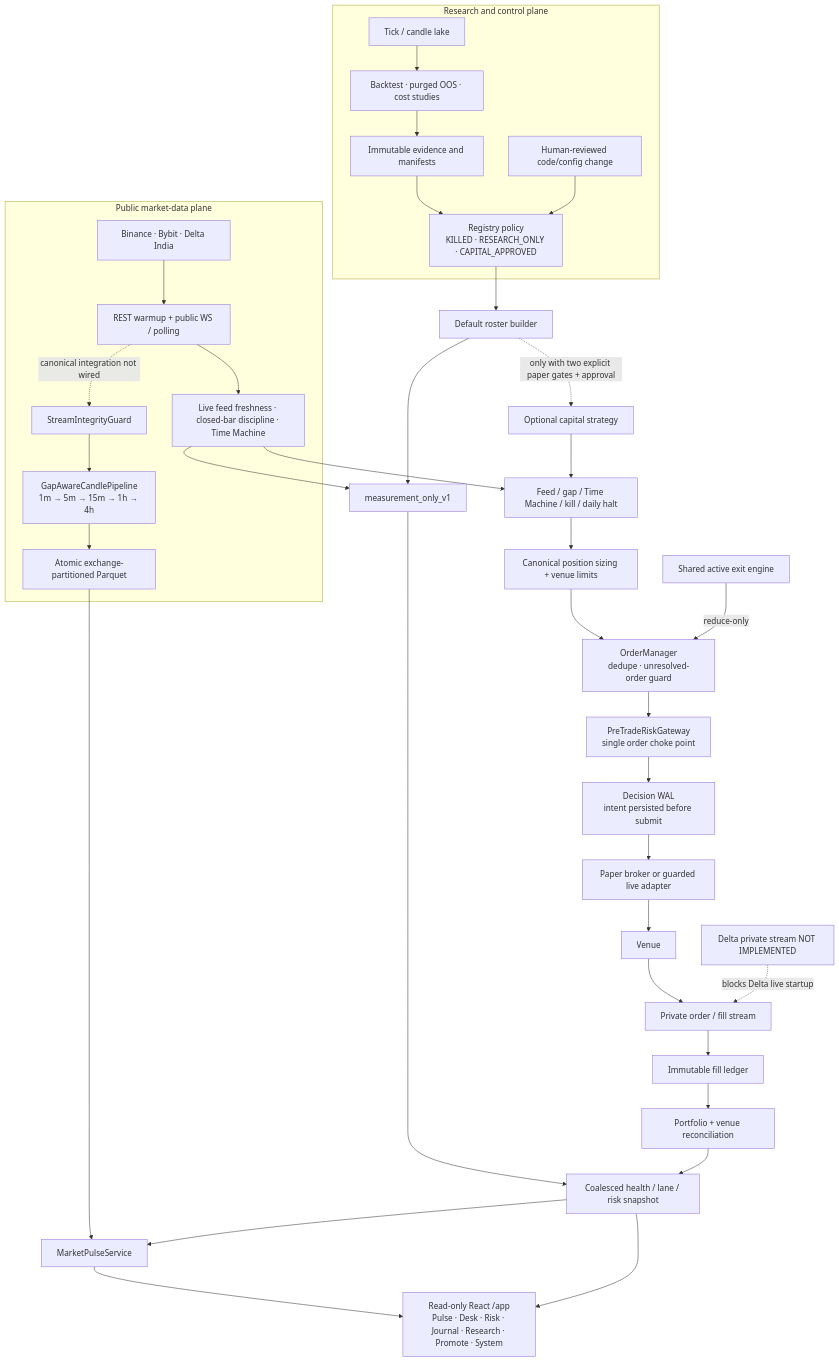
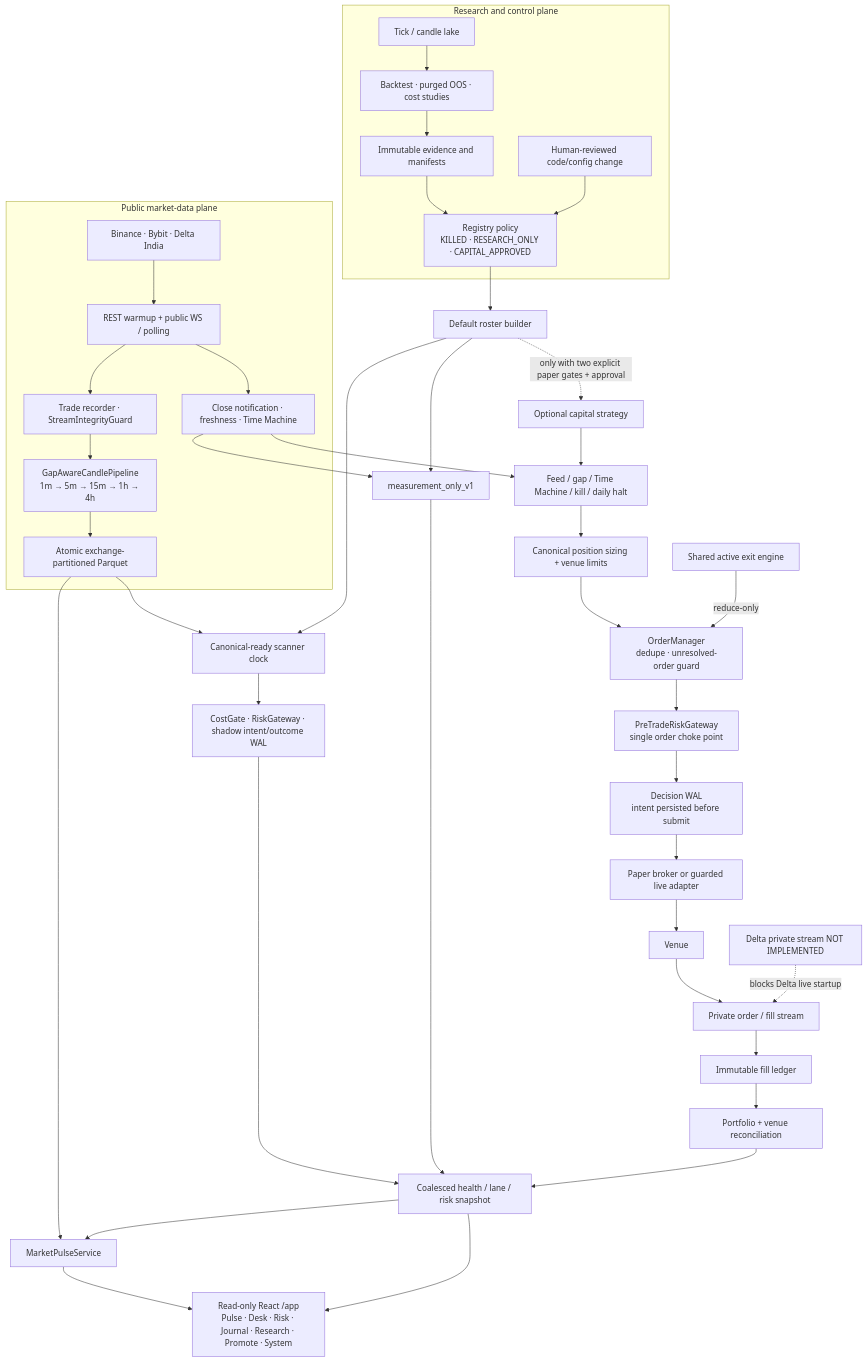
One commit to vikkl1990/vnedge changed the first of 4 diagrams in docs/ARCHITECTURE_FLOW.md. Above: the diagram before and after it, drawn with Mermaid. The commit also changed other lines of this file and 33 other files, not shown here.

````diff
--- a/docs/ARCHITECTURE_FLOW.md
+++ b/docs/ARCHITECTURE_FLOW.md
@@ -20,43 +20,47 @@
 ```mermaid
 flowchart TB
     subgraph Control["Research and control plane"]
         TickLake["Tick / candle lake"] --> Research["Backtest · purged OOS · cost studies"]
         Research --> Evidence["Immutable evidence and manifests"]
         Evidence --> Registry["Registry policy<br/>KILLED · RESEARCH_ONLY · CAPITAL_APPROVED"]
         Human["Human-reviewed code/config change"] --> Registry
     end
 
     subgraph Public["Public market-data plane"]
         Venues["Binance · Bybit · Delta India"] --> PublicFeed["REST warmup + public WS / polling"]
-        PublicFeed --> LiveDQ["Live feed freshness · closed-bar discipline · Time Machine"]
-        PublicFeed -. "canonical integration not wired" .-> Integrity["StreamIntegrityGuard"]
+        PublicFeed --> LiveDQ["Close notification · freshness · Time Machine"]
+        PublicFeed --> Integrity["Trade recorder · StreamIntegrityGuard"]
         Integrity --> CandlePipe["GapAwareCandlePipeline<br/>1m → 5m → 15m → 1h → 4h"]
         CandlePipe --> CanonicalLake["Atomic exchange-partitioned Parquet"]
     end
 
     Registry --> Roster["Default roster builder"]
     LiveDQ --> Measure["measurement_only_v1"]
     Roster --> Measure
+    CanonicalLake --> Scanner["Canonical-ready scanner clock"]
+    Roster --> Scanner
+    Scanner --> Shadow["CostGate · RiskGateway · shadow intent/outcome WAL"]
+    Shadow --> Snapshot
     Measure --> Snapshot["Coalesced health / lane / risk snapshot"]
     CanonicalLake --> PulseService["MarketPulseService"]
     Snapshot --> PulseService
     PulseService --> Dashboard["Read-only React /app<br/>Pulse · Desk · Risk · Journal · Research · Promote · System"]
     Snapshot --> Dashboard
 
     Roster -. "only with two explicit paper gates + approval" .-> Strategy["Optional capital strategy"]
     LiveDQ --> EntryGates["Feed / gap / Time Machine / kill / daily halt"]
     Strategy --> EntryGates
     EntryGates --> Sizing["Canonical position sizing + venue limits"]
     Sizing --> OM["OrderManager<br/>dedupe · unresolved-order guard"]
     Exit["Shared active exit engine"] -->|"reduce-only"| OM
     OM --> Risk["PreTradeRiskGateway<br/>single order choke point"]
     Risk --> WAL["Decision WAL<br/>intent persisted before submit"]
     WAL --> Adapter["Paper broker or guarded live adapter"]
     Adapter --> Exchange["Venue"]
     Exchange --> Private["Private order / fill stream"]
     Private --> FillLedger["Immutable fill ledger"]
     FillLedger --> Recon["Portfolio + venue reconciliation"]
     Recon --> Snapshot
 
     DeltaBlock["Delta private stream NOT IMPLEMENTED"] -. "blocks Delta live startup" .-> Private
 ```
````
